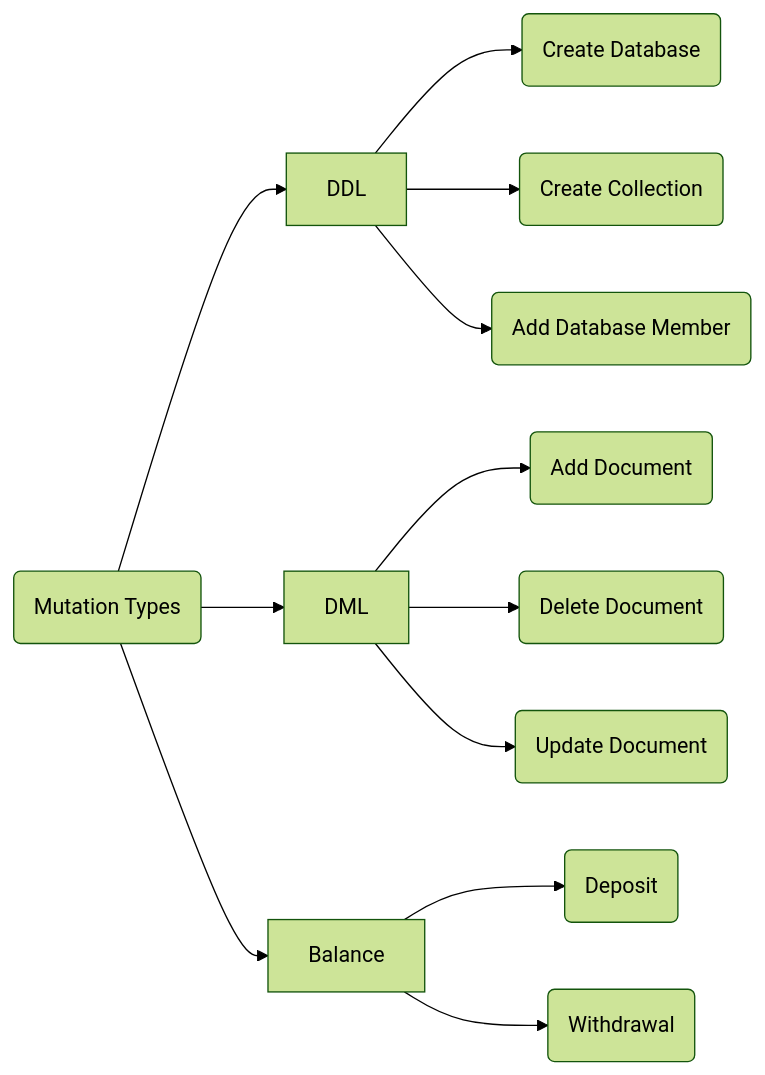
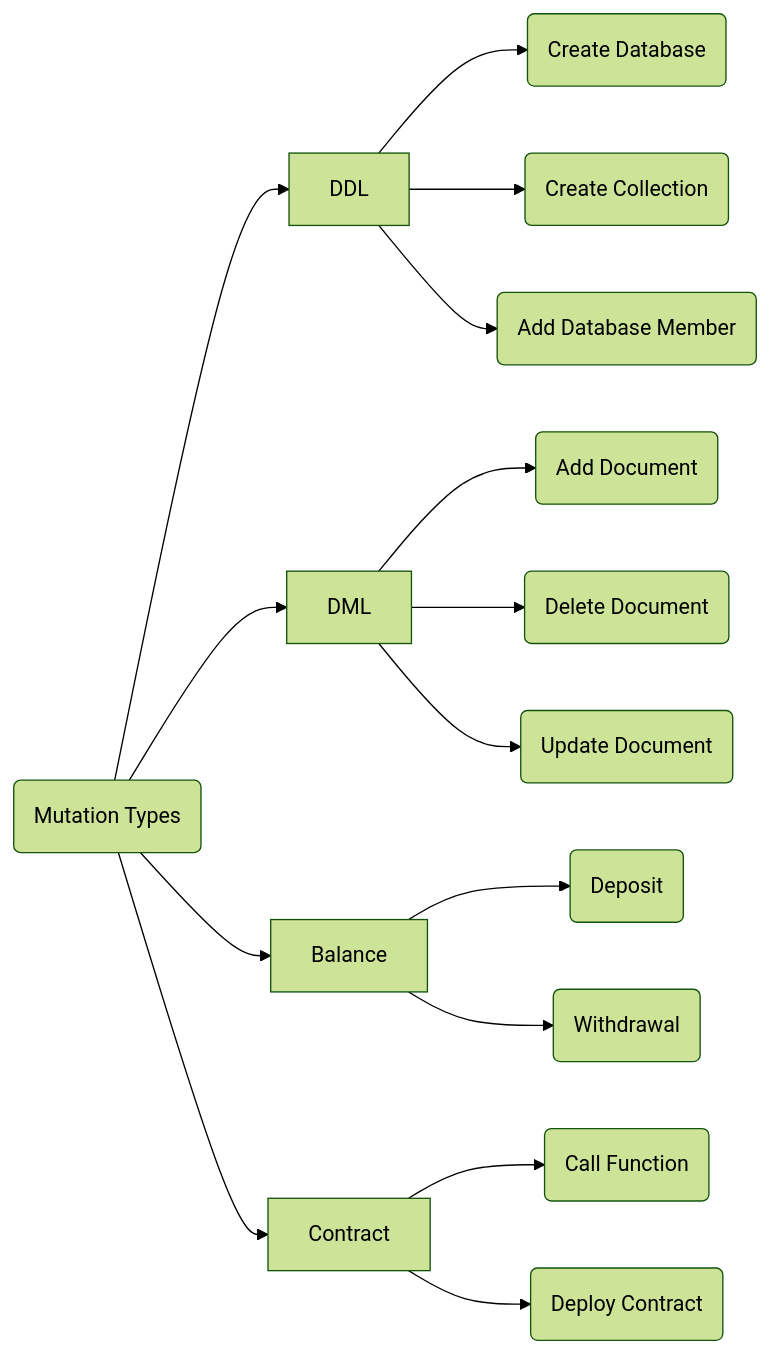
The fourth of 5 diagrams in dips/dip-000.md (dbpunk-labs/DIPs), drawn with Mermaid (forest theme) before and after one commit. The commit also changed other lines of this file and 1 other file, not shown here.

Commit message:
feat: add contract description

````diff
--- a/dips/dip-000.md
+++ b/dips/dip-000.md
@@ -84,14 +84,17 @@
 ```mermaid
 flowchart LR
     m(Mutation Types) --> DDL
     DDL --> CD(Create Database)
     DDL --> CC(Create Collection)
     DDL --> AM(Add Database Member)
     m --> DML
     DML --> AD(Add Document)
     DML --> DD(Delete Document)
     DML --> UD(Update Document)
     m --> Balance
     Balance --> MB(Deposit)
     Balance --> WD(Withdrawal)
+    m --> Contract
+    Contract --> CF(Call Function)
+    Contract --> DC(Deploy Contract)
 ```
````
